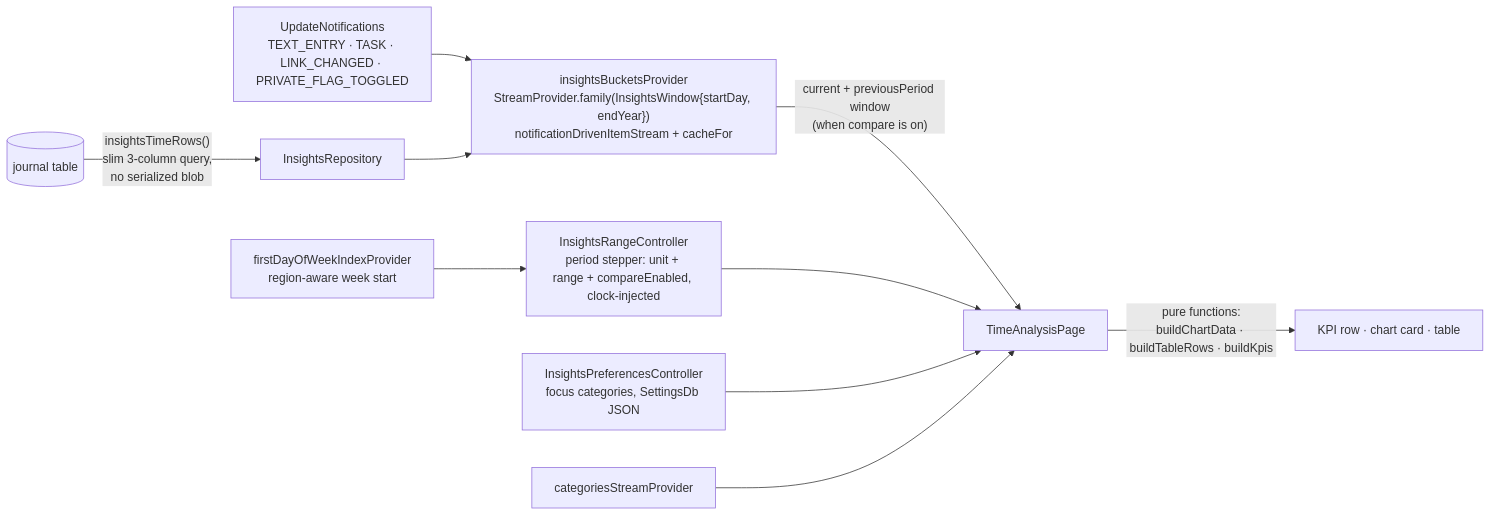
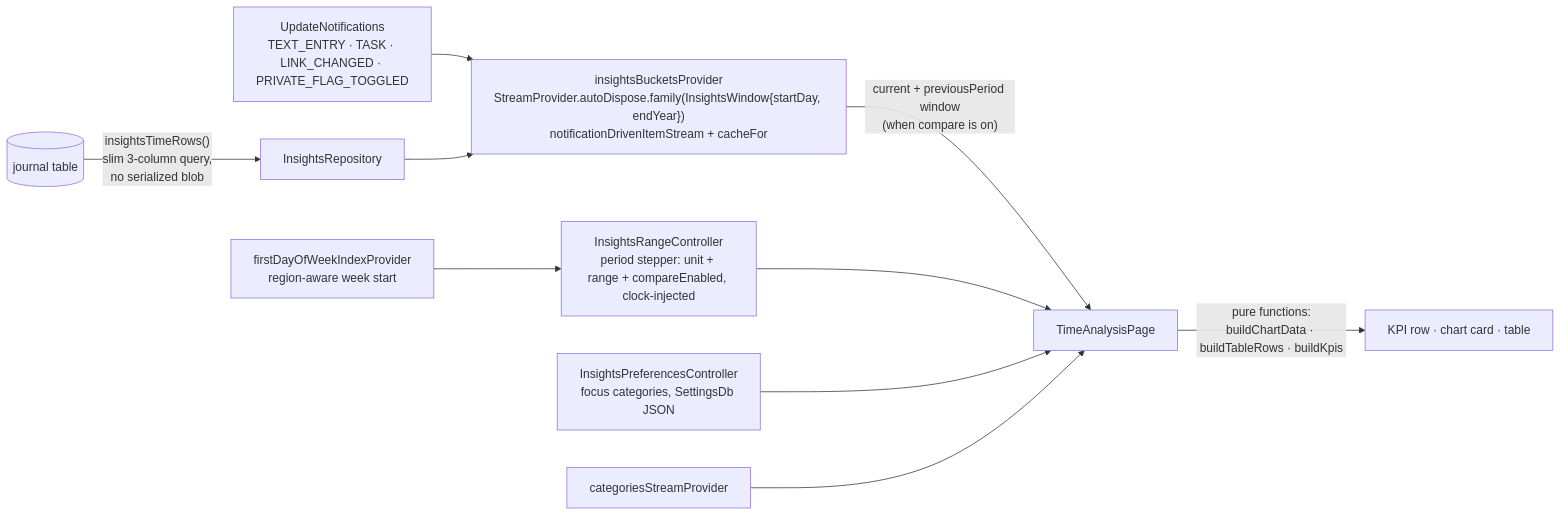
One commit to matthiasn/lotti changed the first of 2 diagrams in lib/features/insights/README.md. Above: the diagram before and after it, drawn with Mermaid. The commit also changed 2 other files, not shown here.

Commit message:
docs(insights): fix stale pill-button docstring, autoDispose, chart docstrings
The InsightsPillButton docstring named removed surfaces (range presets,
custom-date button, chart-mode toggle); rewrite it for its real users (period
stepper MTD/YTD + Compare, focus-categories pill, empty-state action). Note the
buckets provider is StreamProvider.autoDispose.family in the architecture
diagram, and add docstrings to the public StackedBarChart, StackedAreaChart,
ChartLegend, and EmptyChart widgets.

````diff
--- a/lib/features/insights/README.md
+++ b/lib/features/insights/README.md
@@ -12,12 +12,12 @@
 ```mermaid
 flowchart LR
     DB[(journal table)] -->|"insightsTimeRows()\nslim 3-column query,\nno serialized blob"| REPO[InsightsRepository]
     NOTIF[UpdateNotifications\nTEXT_ENTRY · TASK · LINK_CHANGED · PRIVATE_FLAG_TOGGLED] --> BUCKETS
-    REPO --> BUCKETS["insightsBucketsProvider\nStreamProvider.family(InsightsWindow{startDay, endYear})\nnotificationDrivenItemStream + cacheFor"]
+    REPO --> BUCKETS["insightsBucketsProvider\nStreamProvider.autoDispose.family(InsightsWindow{startDay, endYear})\nnotificationDrivenItemStream + cacheFor"]
     BUCKETS -->|"current + previousPeriod window\n(when compare is on)"| PAGE[TimeAnalysisPage]
     RANGE[InsightsRangeController\nperiod stepper: unit + range + compareEnabled, clock-injected] --> PAGE
     REGION[firstDayOfWeekIndexProvider\nregion-aware week start] --> RANGE
     PREFS[InsightsPreferencesController\nfocus categories, SettingsDb JSON] --> PAGE
     CATS[categoriesStreamProvider] --> PAGE
     PAGE -->|pure functions:\nbuildChartData · buildTableRows · buildKpis| WIDGETS[KPI row · chart card · table]
 ```
````
